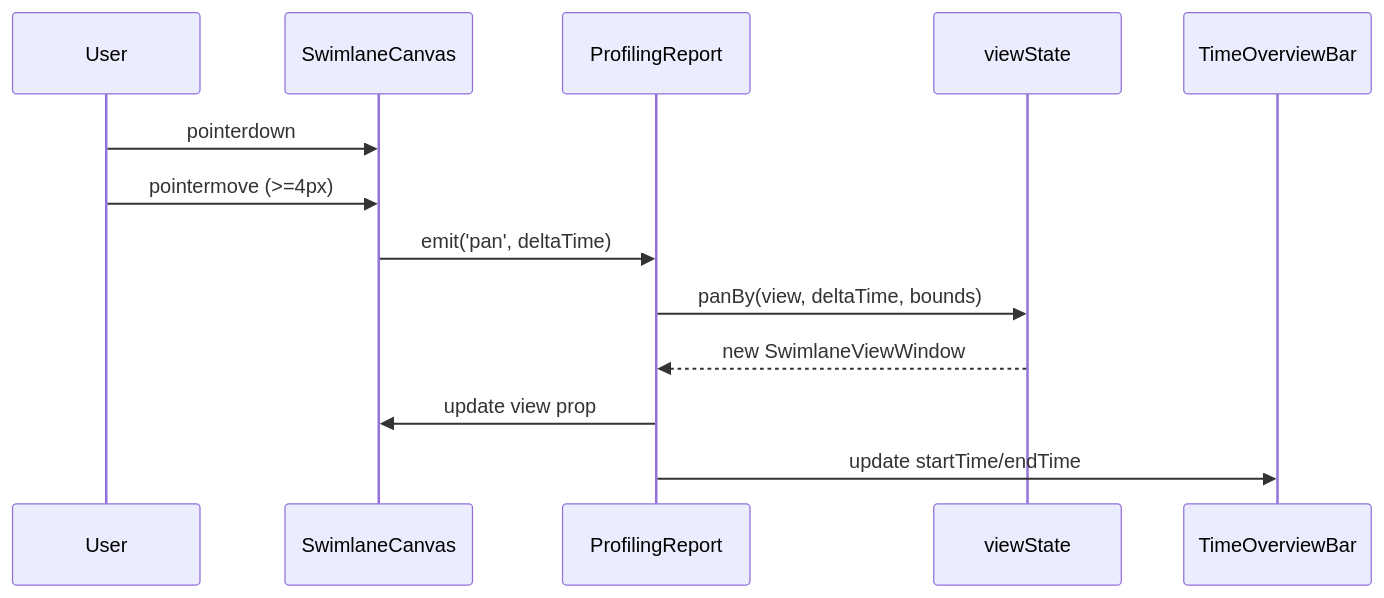
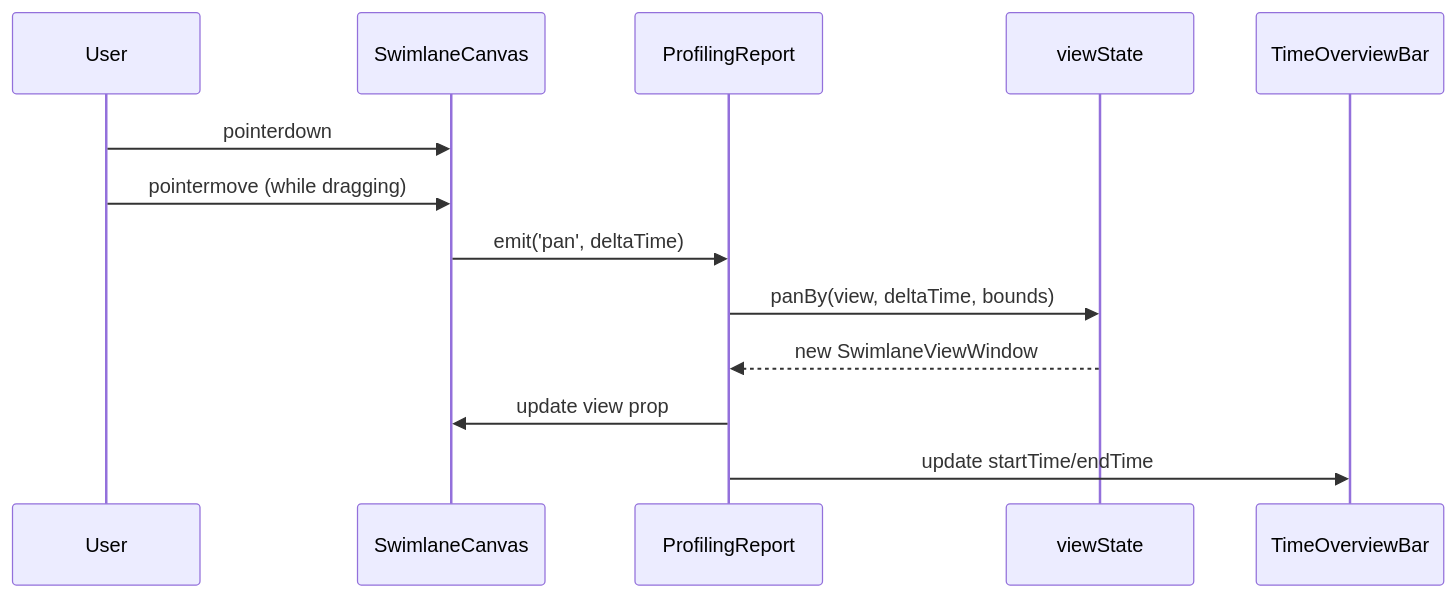
The second of 5 diagrams in src/ui/ProfilingReport/ProfilingReport.spec.md (IdeFrontend/profiling-report), drawn with Mermaid before and after one commit. The commit also changed other lines of this file and 13 other files, not shown here.

````diff
--- a/src/ui/ProfilingReport/ProfilingReport.spec.md
+++ b/src/ui/ProfilingReport/ProfilingReport.spec.md
@@ -50,15 +50,15 @@
 ```mermaid
 sequenceDiagram
     participant User
     participant Canvas as SwimlaneCanvas
     participant Root as ProfilingReport
     participant State as viewState
 
     User->>Canvas: pointerdown
-    User->>Canvas: pointermove (>=4px)
+    User->>Canvas: pointermove (while dragging)
     Canvas->>Root: emit('pan', deltaTime)
     Root->>State: panBy(view, deltaTime, bounds)
     State-->>Root: new SwimlaneViewWindow
     Root->>Canvas: update view prop
     Root->>TimeOverviewBar: update startTime/endTime
 ```
````
